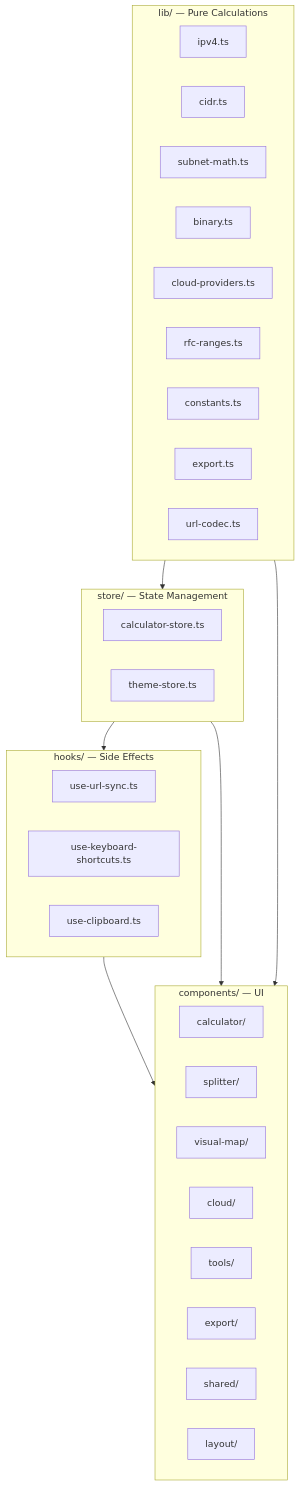
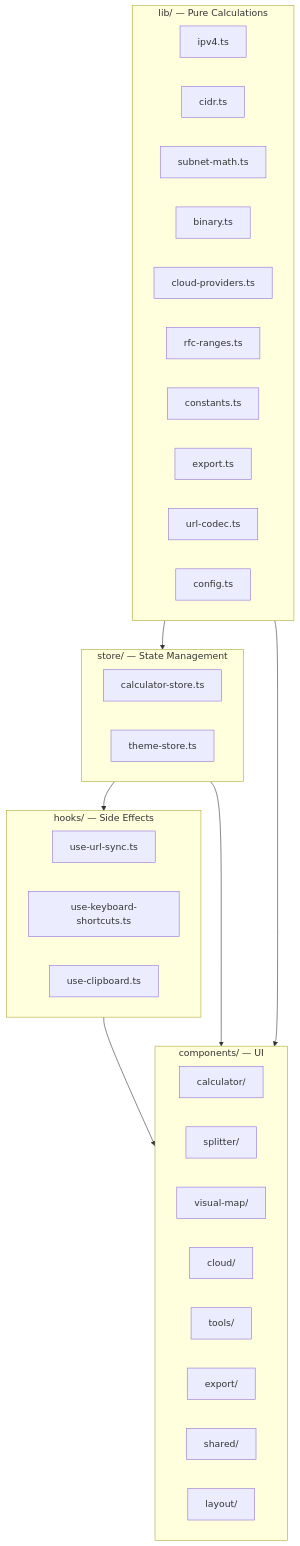
One commit to russmckendrick/subnet changed the first of 4 diagrams in docs/architecture.md. Above: the diagram before and after it, drawn with Mermaid. The commit also changed other lines of this file and 6 other files, not shown here.

Commit message:
✨ (CLAUDE.md, README.md, architecture.md, development.md, features.md, state-management.md, styling.md): enhance documentation to include centralized app configuration details, update input modes, and clarify theme management, improving overall clarity and user guidance.

````diff
--- a/docs/architecture.md
+++ b/docs/architecture.md
@@ -7,42 +7,43 @@
 ```mermaid
 flowchart TD
     subgraph lib["lib/ — Pure Calculations"]
         ipv4["ipv4.ts"]
         cidr["cidr.ts"]
         subnetmath["subnet-math.ts"]
         binary["binary.ts"]
         cloud["cloud-providers.ts"]
         rfc["rfc-ranges.ts"]
         constants["constants.ts"]
         exportmod["export.ts"]
         urlcodec["url-codec.ts"]
+        configmod["config.ts"]
     end
 
     subgraph store["store/ — State Management"]
         calcstore["calculator-store.ts"]
         themestore["theme-store.ts"]
     end
 
     subgraph hooks["hooks/ — Side Effects"]
         urlsync["use-url-sync.ts"]
         keyboard["use-keyboard-shortcuts.ts"]
         clipboard["use-clipboard.ts"]
     end
 
     subgraph components["components/ — UI"]
         calculator["calculator/"]
         splitter["splitter/"]
         visualmap["visual-map/"]
         cloudcomp["cloud/"]
         tools["tools/"]
         exportcomp["export/"]
         shared["shared/"]
         layout["layout/"]
     end
 
     lib --> store
     store --> hooks
     hooks --> components
     lib --> components
     store --> components
 ```
````
